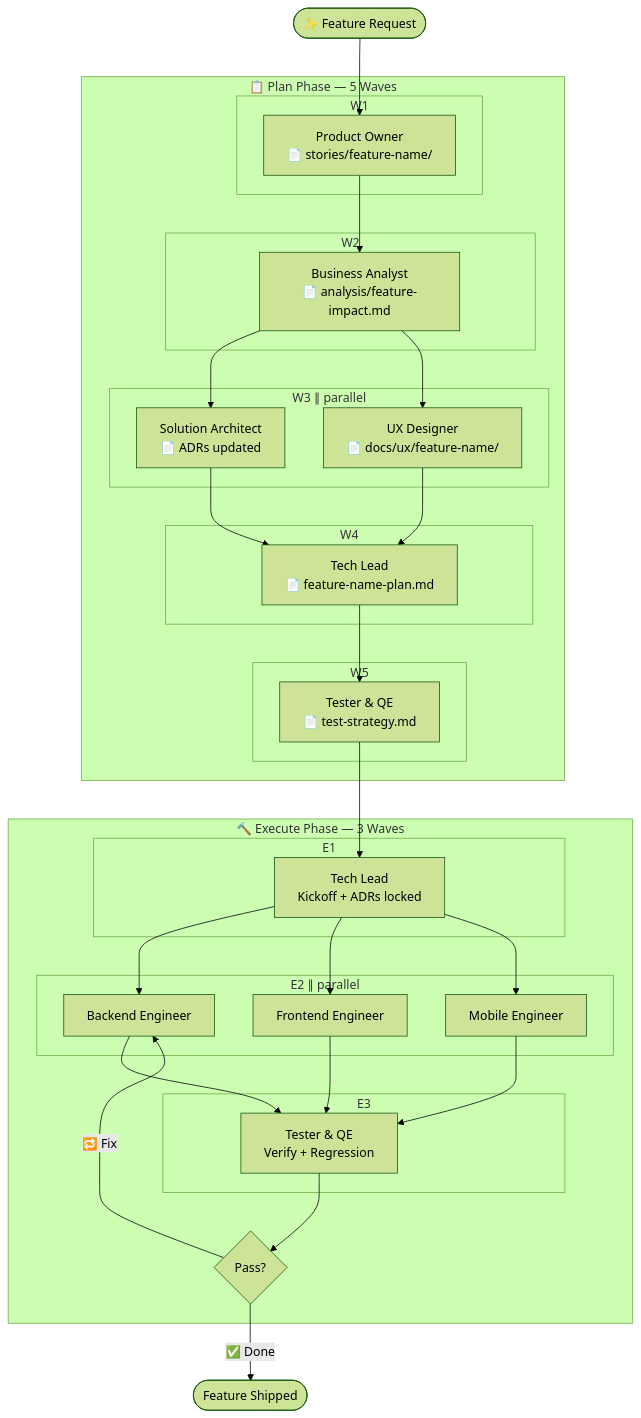
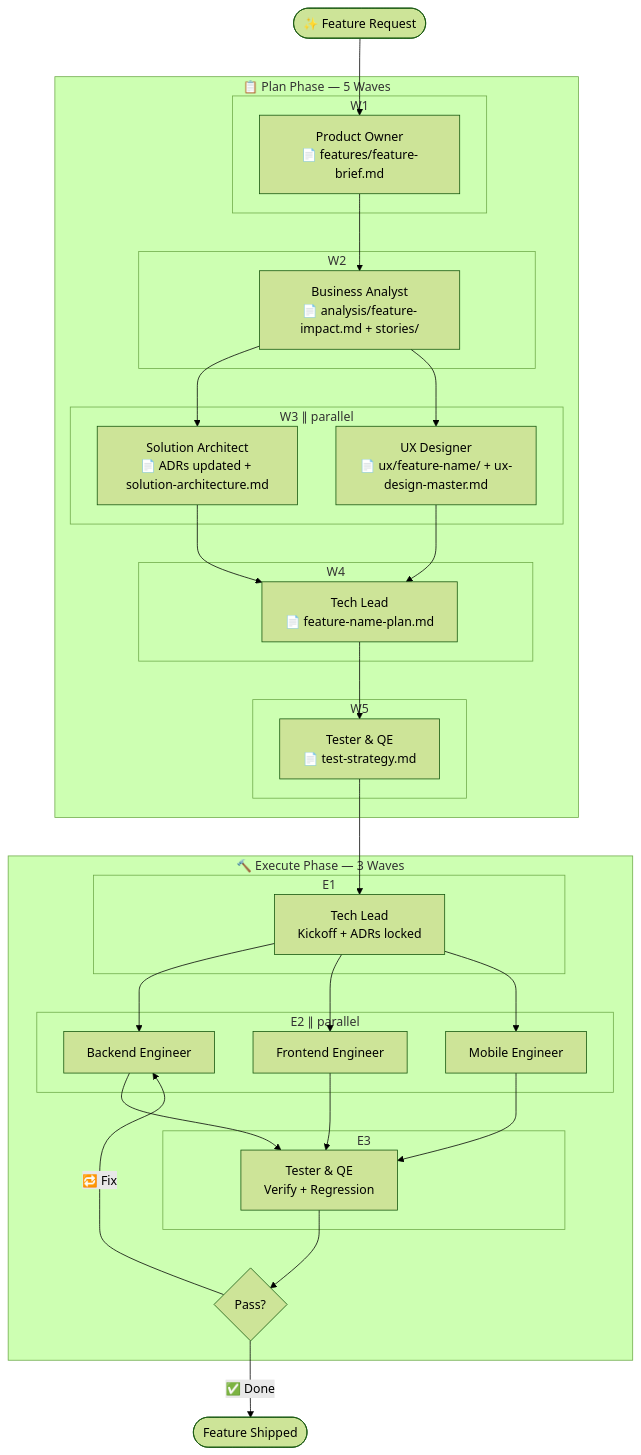
The second of 5 diagrams in bmad-sdlc-agents/README.md (simbataisa/agent-skill-plugin), drawn with Mermaid (forest theme) before and after one commit. The commit also changed other lines of this file and 10 other files, not shown here.

````diff
--- a/bmad-sdlc-agents/README.md
+++ b/bmad-sdlc-agents/README.md
@@ -2222,50 +2276,50 @@
 ```mermaid
 flowchart TD
     START([✨ Feature Request]) --> PO
 
     subgraph PLAN["📋 Plan Phase — 5 Waves"]
         subgraph W1["W1"]
-            PO["Product Owner<br/>📄 stories/feature-name/"]
+            PO["Product Owner<br/>📄 features/feature-brief.md"]
         end
         subgraph W2["W2"]
-            BA["Business Analyst<br/>📄 analysis/feature-impact.md"]
+            BA["Business Analyst<br/>📄 analysis/feature-impact.md + stories/"]
         end
         subgraph W3["W3 ∥ parallel"]
-            SA["Solution Architect<br/>📄 ADRs updated"]
-            UX["UX Designer<br/>📄 docs/ux/feature-name/"]
+            SA["Solution Architect<br/>📄 ADRs updated + solution-architecture.md"]
+            UX["UX Designer<br/>📄 ux/feature-name/ + ux-design-master.md"]
         end
         subgraph W4["W4"]
             TL_PLAN["Tech Lead<br/>📄 feature-name-plan.md"]
         end
         subgraph W5["W5"]
             TQE_STRAT["Tester & QE<br/>📄 test-strategy.md"]
         end
 
         PO --> BA
         BA --> SA & UX
         SA & UX --> TL_PLAN --> TQE_STRAT
     end
 
     TQE_STRAT --> KICKOFF
 
     subgraph EXEC["🔨 Execute Phase — 3 Waves"]
         subgraph E1["E1"]
             KICKOFF["Tech Lead<br>Kickoff + ADRs locked"]
         end
         subgraph E2["E2 ∥ parallel"]
             BE["Backend Engineer"]
             FE["Frontend Engineer"]
             ME["Mobile Engineer"]
         end
         subgraph E3["E3"]
             TQE["Tester & QE<br>Verify + Regression"]
         end
         PASS{Pass?}
 
         KICKOFF --> BE & FE & ME
         BE & FE & ME --> TQE --> PASS
         PASS -->|"🔁 Fix"| BE
     end
 
     PASS -->|"✅ Done"| DONE([Feature Shipped])
 ```
````
